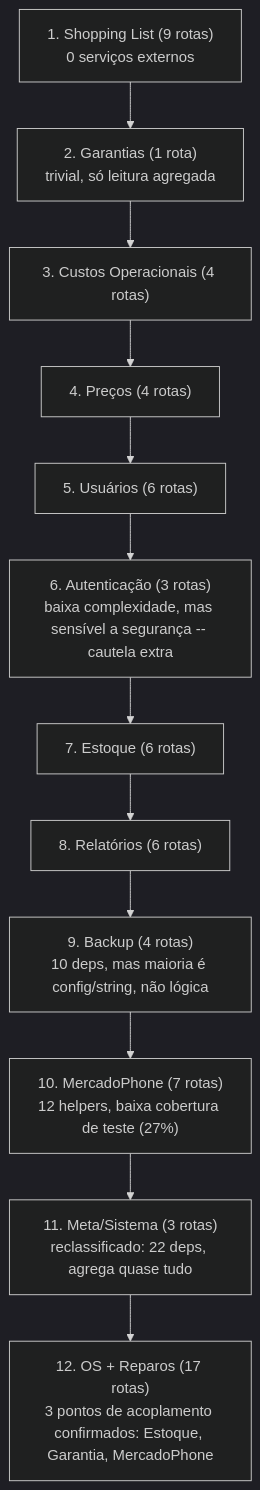
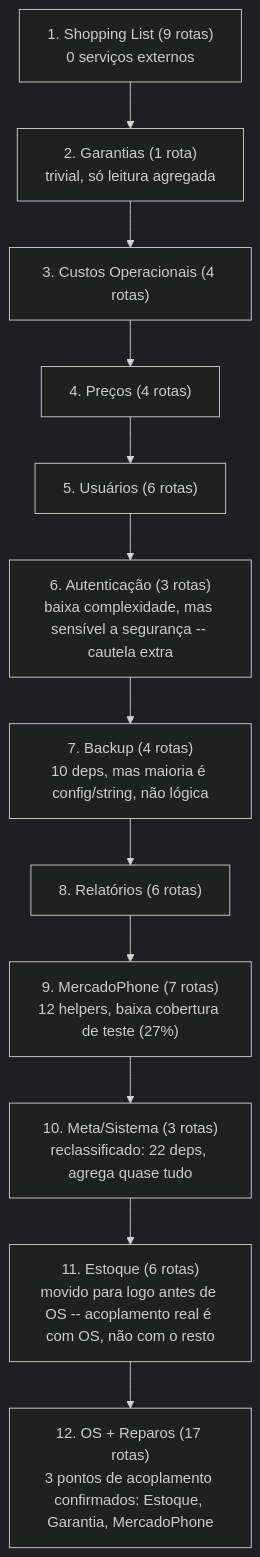
One commit to TaldoDustin/assistencia_system changed the diagram in docs/engineering/API_DEPENDENCY_MATRIX.md. Above: the diagram before and after it, drawn with Mermaid (dark theme). The commit also changed other lines of this file and 1 other file, not shown here.

Commit message:
docs(td-01): reordenar Estoque/Backup e exigir Graphify antes de remover deps
Ajuste de planejamento (revisao do CTO apos extracao de Precos,
2026-08-06): Backup sobe na ordem de extracao (baixo acoplamento real,
maioria das deps e config/string); Estoque desce para imediatamente
antes de OS (o acoplamento real de Estoque e com OS, nao com o restante
dos dominios intermediarios). Ordem vigente atualizada: Shopping ->
Garantias -> Custos -> Precos -> Usuarios -> Auth -> Backup ->
Relatorios -> MercadoPhone -> Sistema -> Estoque -> OS.

Tambem reforca o DoD da Phase 2: remover uma chave de deps (nao so
particiona-la) exige confirmar com graphify affected/explain antes da
remocao, nao so grep -- grep nao pega injecao por deps/chamada indireta.

````diff
--- a/docs/engineering/API_DEPENDENCY_MATRIX.md
+++ b/docs/engineering/API_DEPENDENCY_MATRIX.md
@@ -74,14 +74,14 @@
 ```mermaid
 flowchart TD
     A["1. Shopping List (9 rotas)<br/>0 serviços externos"] --> B["2. Garantias (1 rota)<br/>trivial, só leitura agregada"]
     B --> C["3. Custos Operacionais (4 rotas)"]
     C --> D["4. Preços (4 rotas)"]
     D --> E["5. Usuários (6 rotas)"]
     E --> F["6. Autenticação (3 rotas)<br/>baixa complexidade, mas sensível a segurança -- cautela extra"]
-    F --> G["7. Estoque (6 rotas)"]
+    F --> G["7. Backup (4 rotas)<br/>10 deps, mas maioria é config/string, não lógica"]
     G --> H["8. Relatórios (6 rotas)"]
-    H --> I["9. Backup (4 rotas)<br/>10 deps, mas maioria é config/string, não lógica"]
-    I --> J["10. MercadoPhone (7 rotas)<br/>12 helpers, baixa cobertura de teste (27%)"]
-    J --> K["11. Meta/Sistema (3 rotas)<br/>reclassificado: 22 deps, agrega quase tudo"]
+    H --> I["9. MercadoPhone (7 rotas)<br/>12 helpers, baixa cobertura de teste (27%)"]
+    I --> J["10. Meta/Sistema (3 rotas)<br/>reclassificado: 22 deps, agrega quase tudo"]
+    J --> K["11. Estoque (6 rotas)<br/>movido para logo antes de OS -- acoplamento real é com OS, não com o resto"]
     K --> L["12. OS + Reparos (17 rotas)<br/>3 pontos de acoplamento confirmados: Estoque, Garantia, MercadoPhone"]
 ```
````
